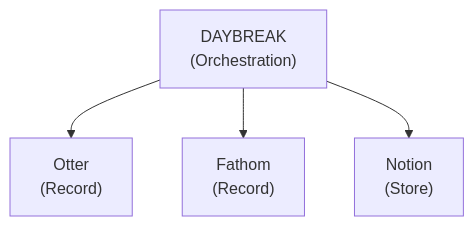
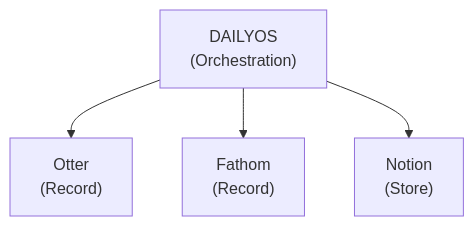
One commit to jamesgiroux/daily-operating-system changed the diagram in daybreak/docs/JTBD.md. Above: the diagram before and after it, drawn with Mermaid. The commit also changed other lines of this file and 6 other files, not shown here.

First line of the commit message:
docs: Fix branding — DailyOS is product name, Daybreak is codename

````diff
--- a/daybreak/docs/JTBD.md
+++ b/daybreak/docs/JTBD.md
@@ -180,11 +180,11 @@
 ```mermaid
 flowchart TB
-    Daybreak["DAYBREAK<br/>(Orchestration)"]
+    DailyOS["DAILYOS<br/>(Orchestration)"]
     Otter["Otter<br/>(Record)"]
     Fathom["Fathom<br/>(Record)"]
     Notion["Notion<br/>(Store)"]
 
-    Daybreak --> Otter
-    Daybreak --> Fathom
-    Daybreak --> Notion
+    DailyOS -->Otter
+    DailyOS -->Fathom
+    DailyOS -->Notion
 ```
````
